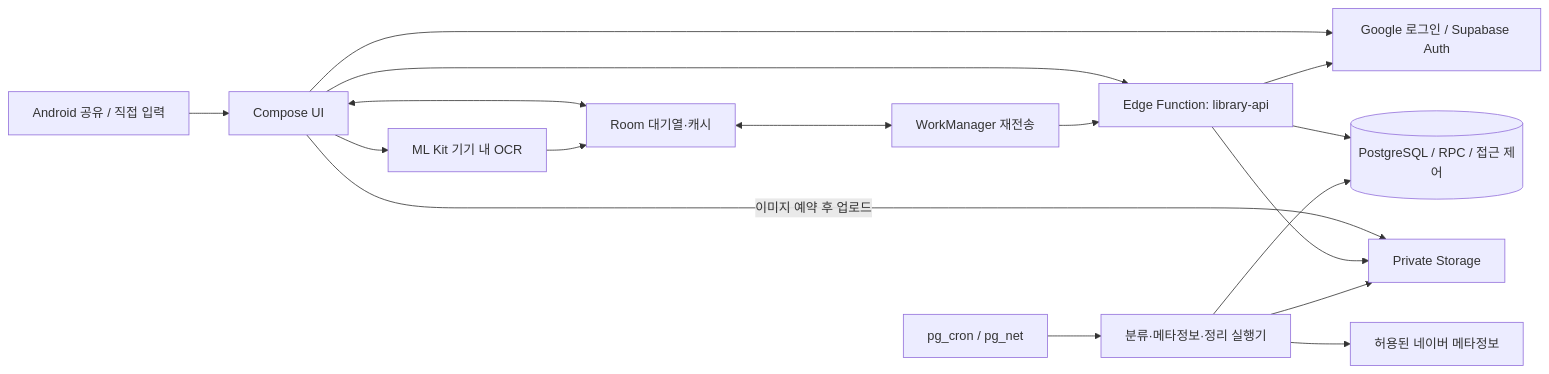
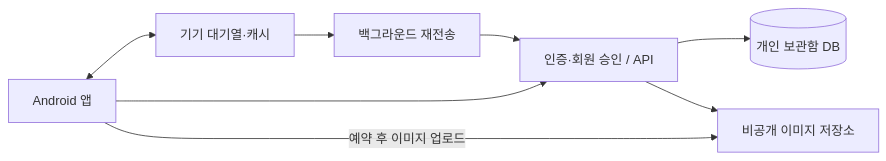
One commit to webstrdy00/link-vault changed the diagram in README.md. Above: the diagram before and after it, drawn with Mermaid. The commit also changed other lines of this file and 7 other files, not shown here.

````diff
--- a/README.md
+++ b/README.md
@@ -78,19 +112,10 @@
 ```mermaid
 flowchart LR
-    Input["Android 공유 / 직접 입력"] --> UI["Compose UI"]
-    UI <--> Local["Room 대기열·캐시"]
-    Local <--> Work["WorkManager 재전송"]
-    UI --> OCR["ML Kit 기기 내 OCR"]
-    OCR --> Local
-    UI --> Auth["Google 로그인 / Supabase Auth"]
-    UI --> API["Edge Function: library-api"]
-    Work --> API
-    API --> Auth
-    API --> DB[("PostgreSQL / RPC / 접근 제어")]
-    UI -->|"이미지 예약 후 업로드"| Storage["Private Storage"]
+    App["Android 앱"] <--> Local["기기 대기열·캐시"]
+    Local --> Retry["백그라운드 재전송"]
+    App --> API["인증·회원 승인 / API"]
+    Retry --> API
+    API --> DB[("개인 보관함 DB")]
+    App -->|"예약 후 이미지 업로드"| Storage["비공개 이미지 저장소"]
     API --> Storage
-    Cron["pg_cron / pg_net"] --> Worker["분류·메타정보·정리 실행기"]
-    Worker --> DB
-    Worker --> Storage
-    Worker --> Naver["허용된 네이버 메타정보"]
 ```
````
